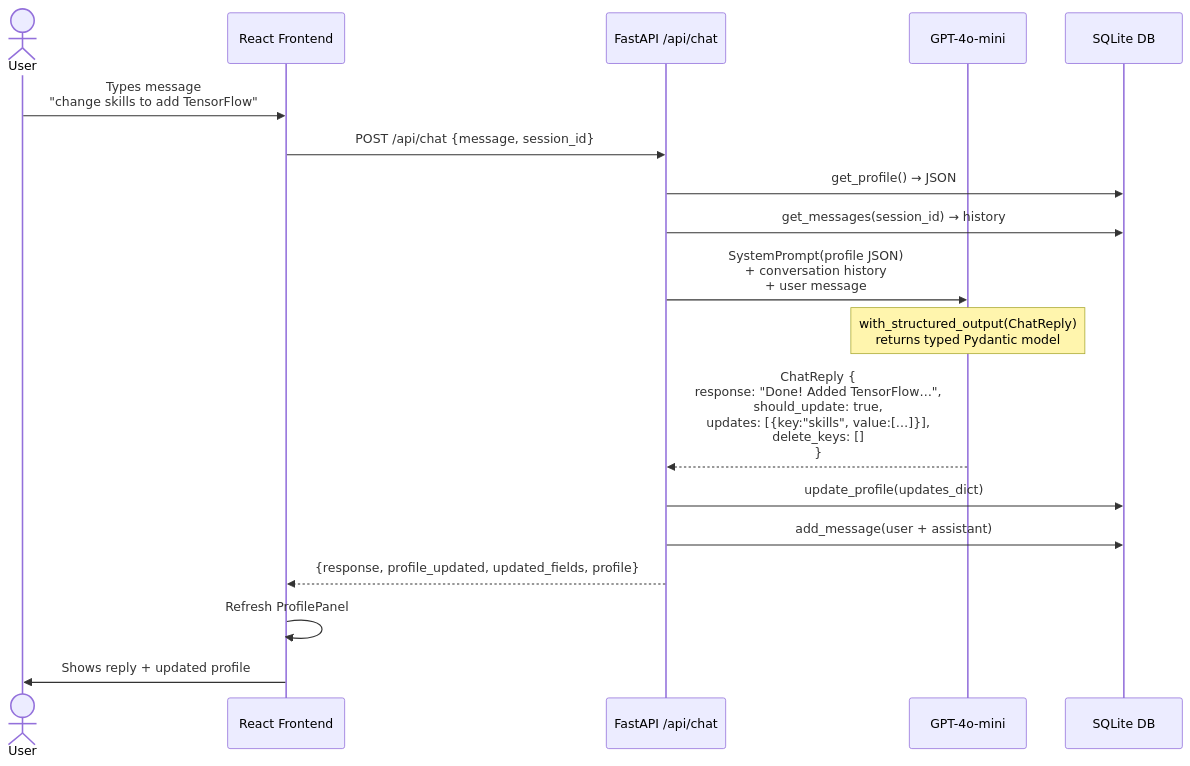
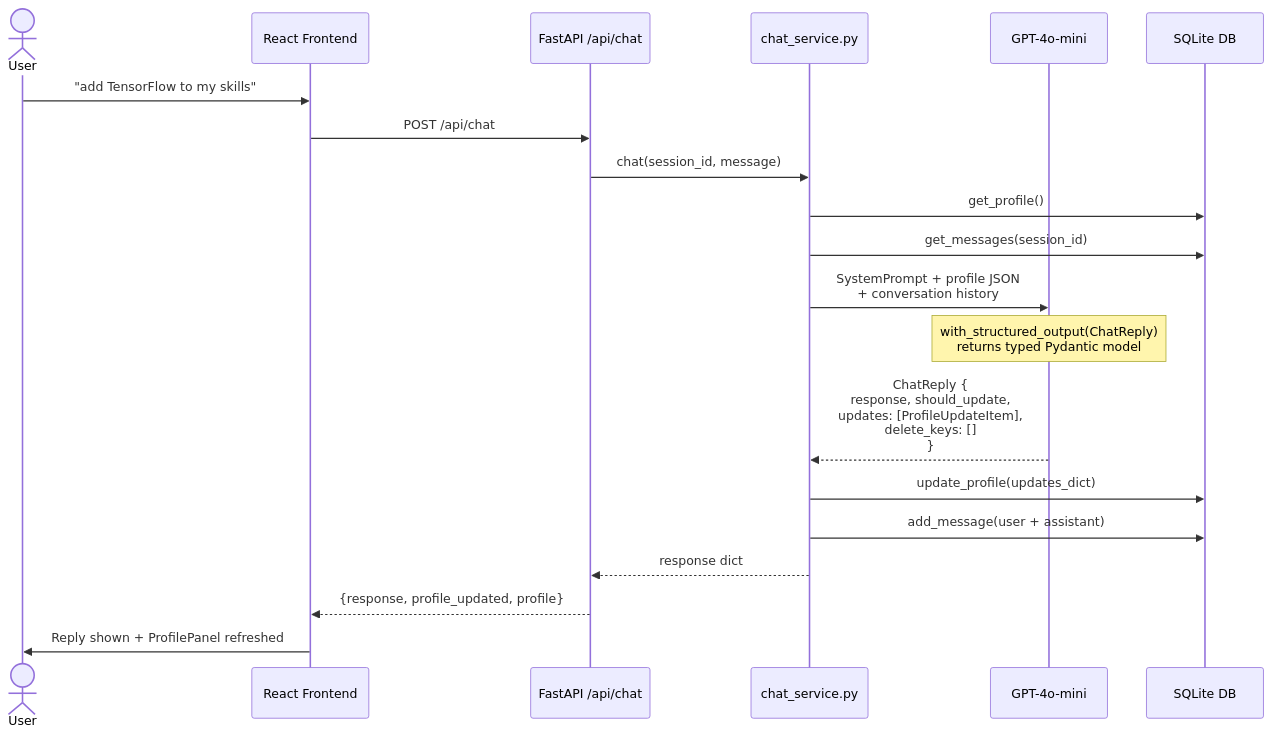
Before and after one commit to akashcodejames/Agentic_Job_Apply: the third of 3 diagrams in README.md, drawn with Mermaid. The commit also changed other lines of this file, not shown here.

Commit message:
docs: fix Mermaid diagrams - replace \n with br/, use actual node names

````diff
--- a/README.md
+++ b/README.md
@@ -80,21 +91,23 @@
 ```mermaid
 sequenceDiagram
     actor User
     participant React as React Frontend
     participant API as FastAPI /api/chat
-    participant LLM as GPT-4o-mini
+    participant chat_service as chat_service.py
+    participant GPT as GPT-4o-mini
     participant DB as SQLite DB
 
-    User->>React: Types message<br/>"change skills to add TensorFlow"
-    React->>API: POST /api/chat {message, session_id}
-    API->>DB: get_profile() → JSON
-    API->>DB: get_messages(session_id) → history
-    API->>LLM: SystemPrompt(profile JSON)<br/>+ conversation history<br/>+ user message
-    Note over LLM: with_structured_output(ChatReply)<br/>returns typed Pydantic model
-    LLM-->>API: ChatReply {<br/>  response: "Done! Added TensorFlow…",<br/>  should_update: true,<br/>  updates: [{key:"skills", value:[…]}],<br/>  delete_keys: []<br/>}
-    API->>DB: update_profile(updates_dict)
-    API->>DB: add_message(user + assistant)
-    API-->>React: {response, profile_updated, updated_fields, profile}
-    React->>React: Refresh ProfilePanel
-    React->>User: Shows reply + updated profile
+    User->>React: "add TensorFlow to my skills"
+    React->>API: POST /api/chat
+    API->>chat_service: chat(session_id, message)
+    chat_service->>DB: get_profile()
+    chat_service->>DB: get_messages(session_id)
+    chat_service->>GPT: SystemPrompt + profile JSON<br/>+ conversation history
+    Note over GPT: with_structured_output(ChatReply)<br/>returns typed Pydantic model
+    GPT-->>chat_service: ChatReply {<br/>  response, should_update,<br/>  updates: [ProfileUpdateItem],<br/>  delete_keys: []<br/>}
+    chat_service->>DB: update_profile(updates_dict)
+    chat_service->>DB: add_message(user + assistant)
+    chat_service-->>API: response dict
+    API-->>React: {response, profile_updated, profile}
+    React->>User: Reply shown + ProfilePanel refreshed
 ```
````
